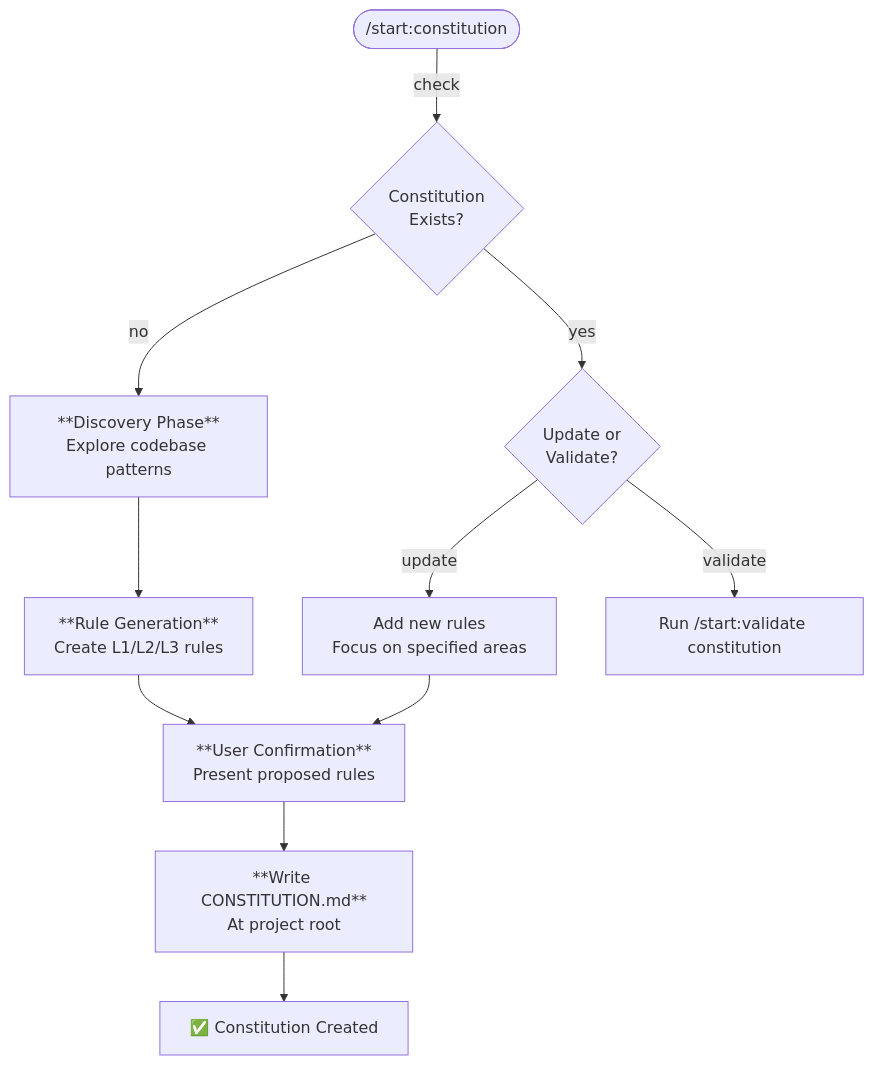
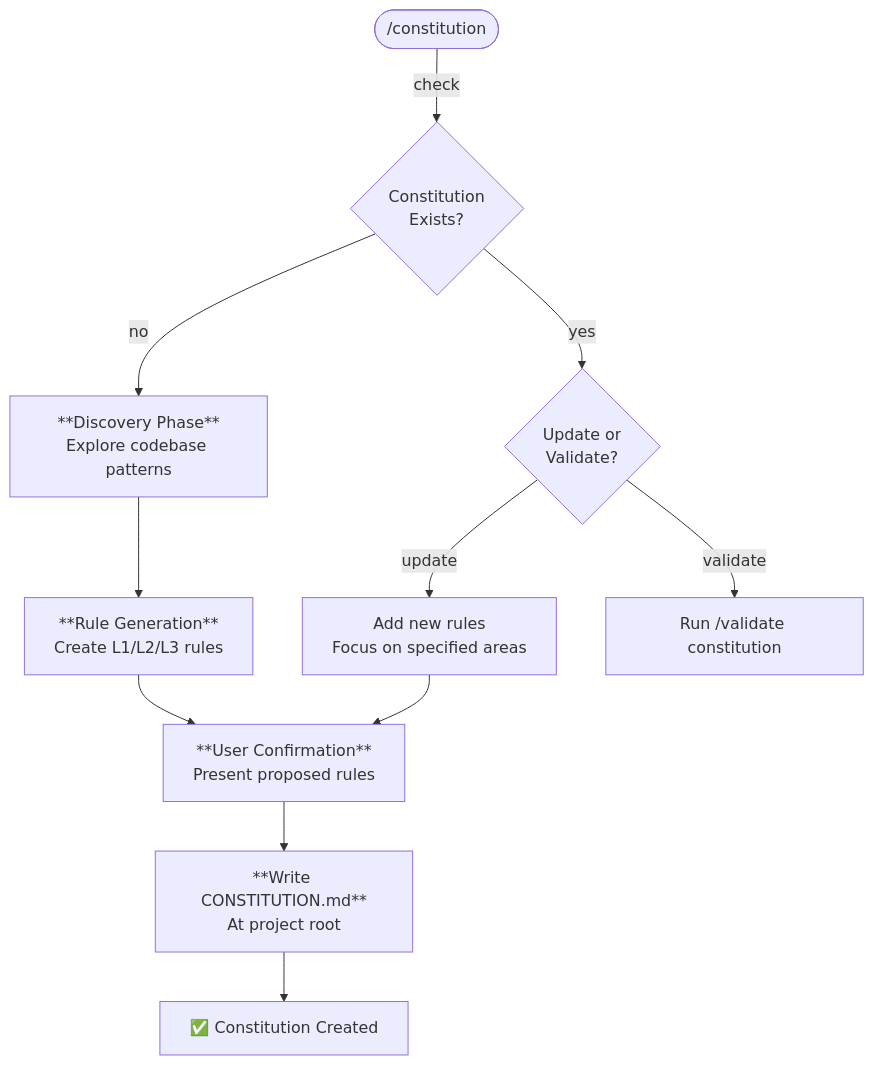
The tenth of 10 diagrams in plugins/start/README.md (rsmdt/the-startup), drawn with Mermaid before and after one commit. The commit also changed other lines of this file and 1 other file, not shown here.

````diff
--- a/plugins/start/README.md
+++ b/plugins/start/README.md
@@ -474,13 +527,13 @@
 ```mermaid
 flowchart TD
-    A([/start:constitution]) --> |check| B{Constitution<br>Exists?}
+    A([/constitution]) --> |check| B{Constitution<br>Exists?}
     B --> |no| C[**Discovery Phase**<br/>Explore codebase patterns]
     C --> D[**Rule Generation**<br/>Create L1/L2/L3 rules]
     D --> E[**User Confirmation**<br/>Present proposed rules]
     E --> F[**Write CONSTITUTION.md**<br/>At project root]
     B --> |yes| G{Update or<br>Validate?}
     G --> |update| H[Add new rules<br/>Focus on specified areas]
     H --> E
-    G --> |validate| I[Run /start:validate constitution]
+    G --> |validate| I[Run /validate constitution]
     F --> END[✅ Constitution Created]
 ```
````
